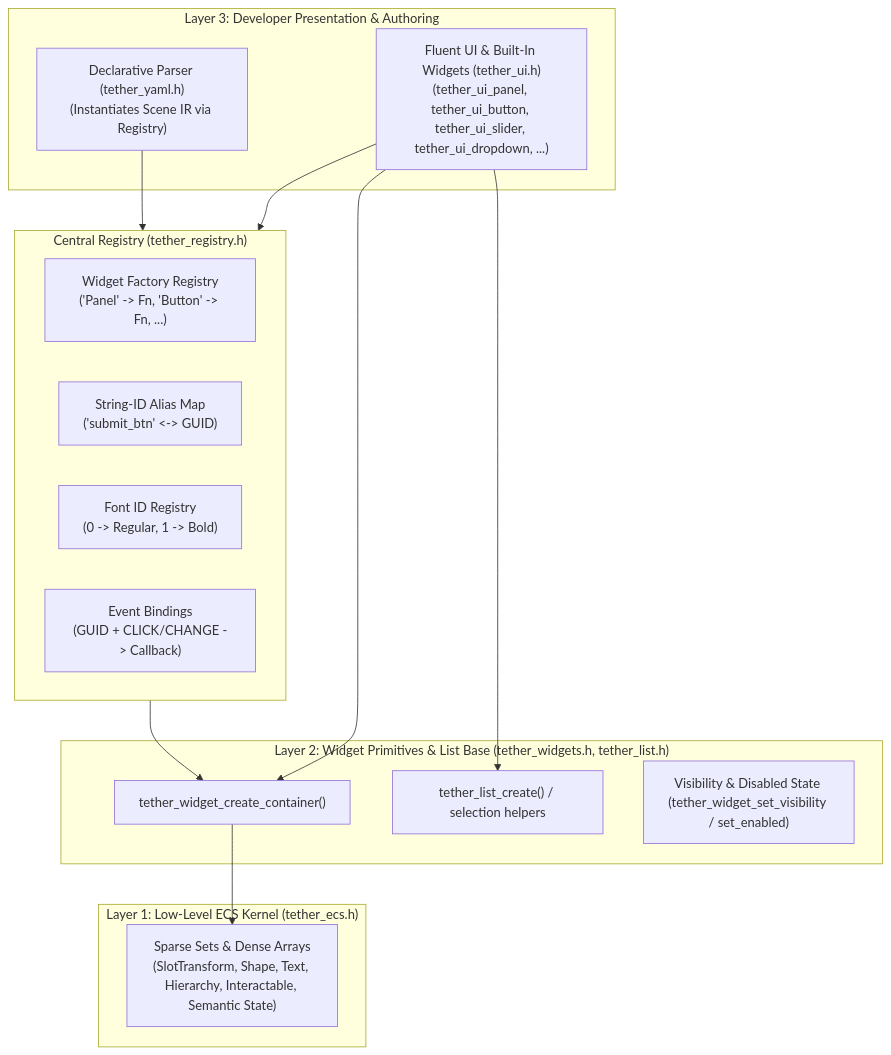
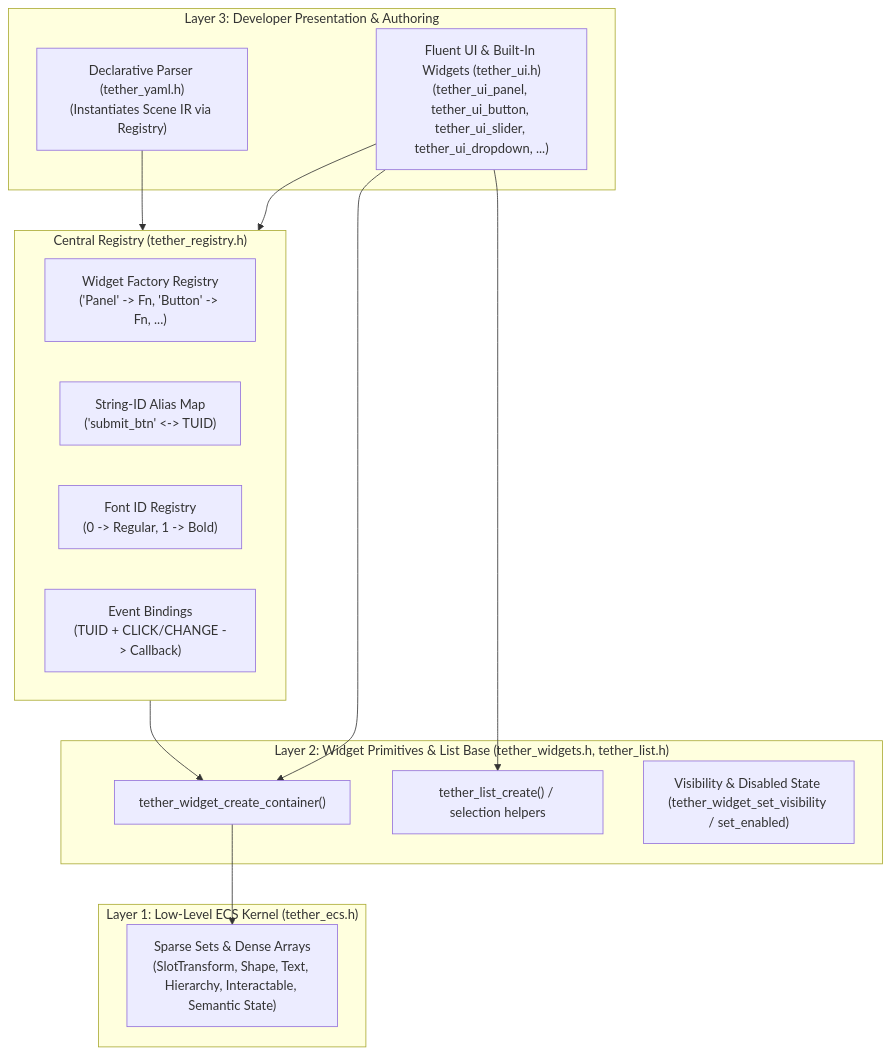
The first of 4 diagrams in docs/technical/05_ui_framework_and_widgets.md (Yuvi-GD/Tether), drawn with Mermaid before and after one commit. The commit also changed other lines of this file and 84 other files, not shown here.

Commit message:
refactor(core): rename Tether_GUID to TUID across codebase and documentation

````diff
--- a/docs/technical/05_ui_framework_and_widgets.md
+++ b/docs/technical/05_ui_framework_and_widgets.md
@@ -23,31 +23,31 @@
 ```mermaid
 flowchart TD
     subgraph Layer3["Layer 3: Developer Presentation & Authoring"]
         Fluent["Fluent UI & Built-In Widgets (tether_ui.h)\n(tether_ui_panel, tether_ui_button, tether_ui_slider, tether_ui_dropdown, ...)"]
         Parser["Declarative Parser (tether_yaml.h)\n(Instantiates Scene IR via Registry)"]
     end
 
     subgraph Layer2["Layer 2: Widget Primitives & List Base (tether_widgets.h, tether_list.h)"]
         W_Base["tether_widget_create_container()"]
         W_List["tether_list_create() / selection helpers"]
         W_State["Visibility & Disabled State (tether_widget_set_visibility / set_enabled)"]
     end
 
     subgraph CentralReg["Central Registry (tether_registry.h)"]
         W_Reg["Widget Factory Registry\n('Panel' -> Fn, 'Button' -> Fn, ...)"]
-        ID_Reg["String-ID Alias Map\n('submit_btn' <-> GUID)"]
+        ID_Reg["String-ID Alias Map\n('submit_btn' <-> TUID)"]
         Font_Reg["Font ID Registry\n(0 -> Regular, 1 -> Bold)"]
-        Event_Reg["Event Bindings\n(GUID + CLICK/CHANGE -> Callback)"]
+        Event_Reg["Event Bindings\n(TUID + CLICK/CHANGE -> Callback)"]
     end
 
     subgraph Layer1["Layer 1: Low-Level ECS Kernel (tether_ecs.h)"]
         ECS["Sparse Sets & Dense Arrays\n(SlotTransform, Shape, Text, Hierarchy, Interactable, Semantic State)"]
     end
 
     Fluent --> W_Base
     Fluent --> W_List
     Fluent --> CentralReg
     Parser --> CentralReg
     CentralReg --> W_Base
     W_Base --> ECS
 ```
````
